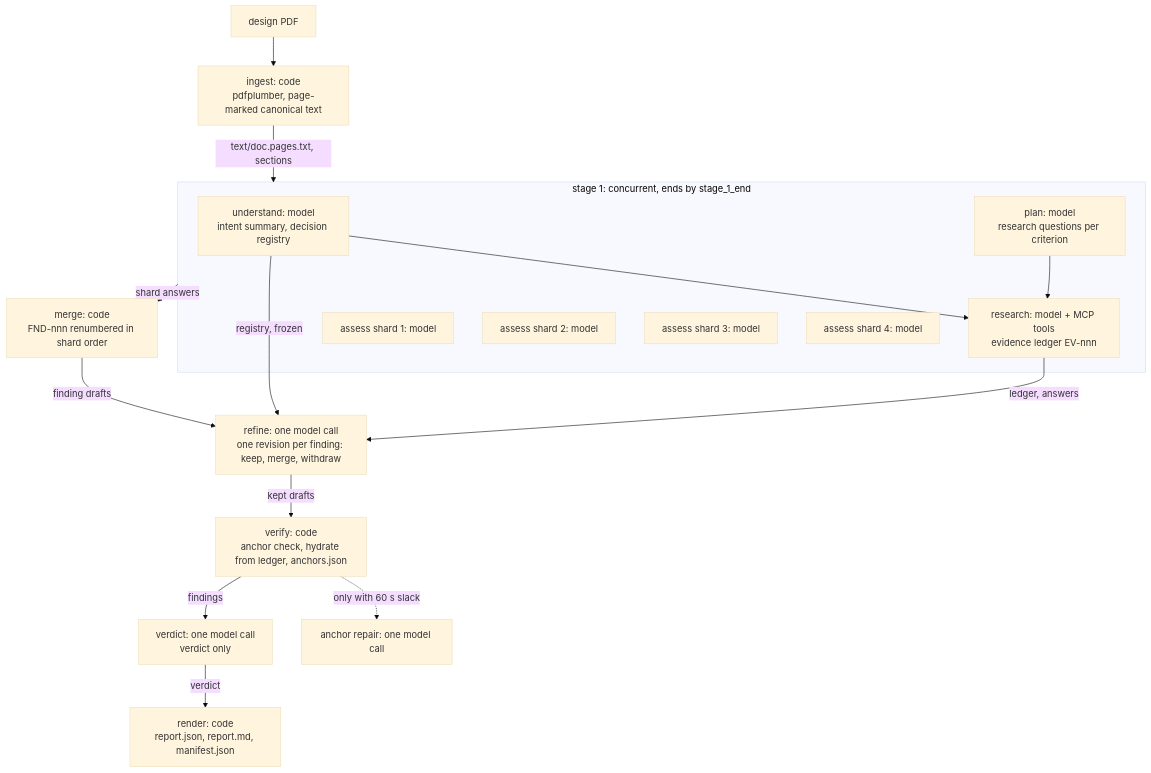
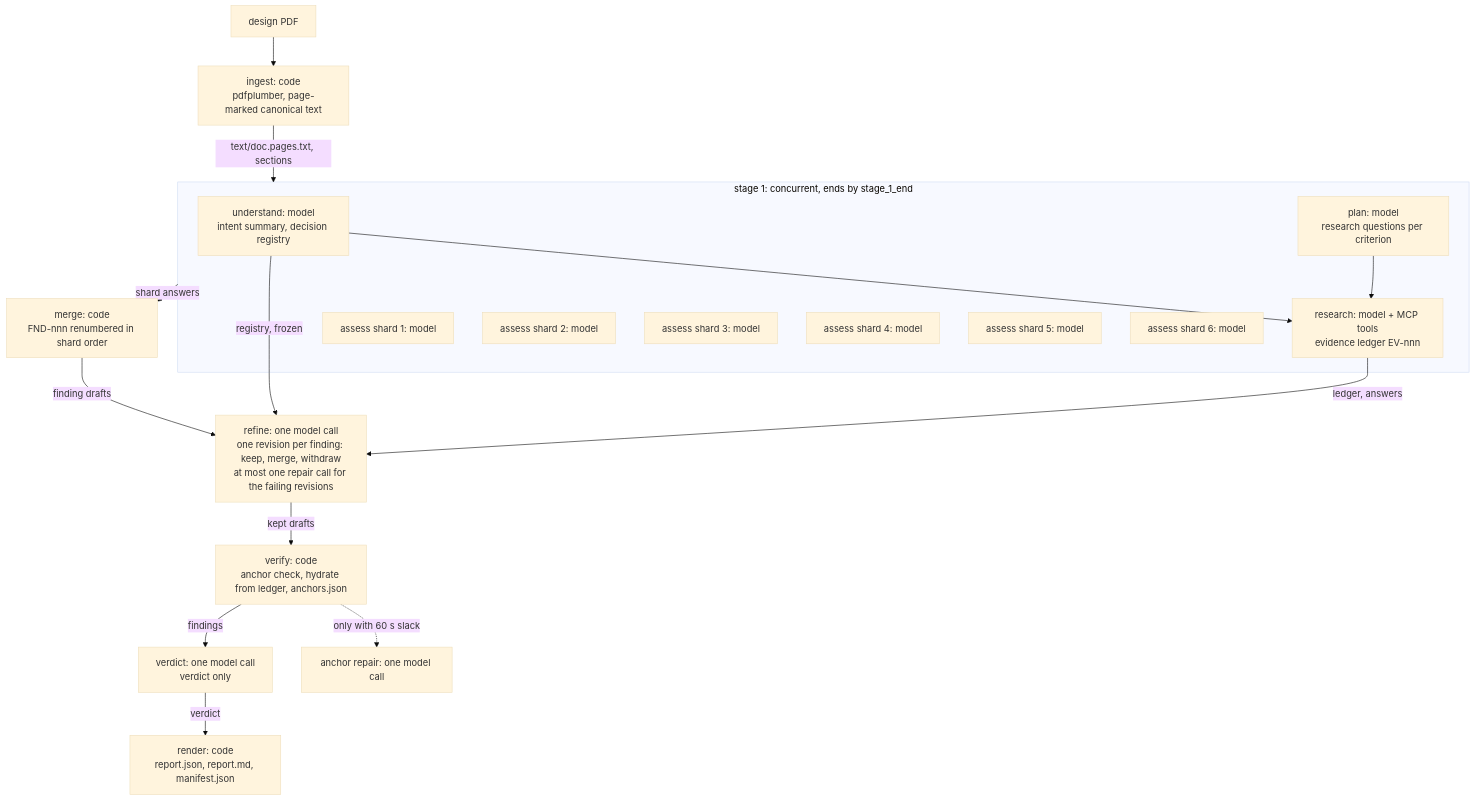
One commit to malcolm1232/SIT-submission changed the diagram in docs/ARCHITECTURE.md. Above: the diagram before and after it, drawn with Mermaid (base theme). The commit also changed other lines of this file and 6 other files, not shown here.

First line of the commit message:
Reader-facing docs follow the code: six assess shards, 88/56 robustness, the 4 Oct live facts and UI, refine repair, partial answers

````diff
--- a/docs/ARCHITECTURE.md
+++ b/docs/ARCHITECTURE.md
@@ -19,24 +19,26 @@
 ```mermaid
 flowchart TD
     PDF[design PDF] --> ING[ingest: code<br/>pdfplumber, page-marked canonical text]
     ING -->|text/doc.pages.txt, sections| S1
     subgraph S1 [stage 1: concurrent, ends by stage_1_end]
         UND[understand: model<br/>intent summary, decision registry]
         PLN[plan: model<br/>research questions per criterion]
         RES[research: model + MCP tools<br/>evidence ledger EV-nnn]
         A1[assess shard 1: model]
         A2[assess shard 2: model]
         A3[assess shard 3: model]
         A4[assess shard 4: model]
+        A5[assess shard 5: model]
+        A6[assess shard 6: model]
         UND --> RES
         PLN --> RES
     end
     S1 -->|shard answers| MRG[merge: code<br/>FND-nnn renumbered in shard order]
     UND -->|registry, frozen| REF
     RES -->|ledger, answers| REF
-    MRG -->|finding drafts| REF[refine: one model call<br/>one revision per finding: keep, merge, withdraw]
+    MRG -->|finding drafts| REF[refine: one model call<br/>one revision per finding: keep, merge, withdraw<br/>at most one repair call for the failing revisions]
     REF -->|kept drafts| VER[verify: code<br/>anchor check, hydrate from ledger, anchors.json]
     VER -.->|only with 60 s slack| RPR[anchor repair: one model call]
     VER -->|findings| VRD[verdict: one model call<br/>verdict only]
     VRD -->|verdict| REN[render: code<br/>report.json, report.md, manifest.json]
 ```
````
